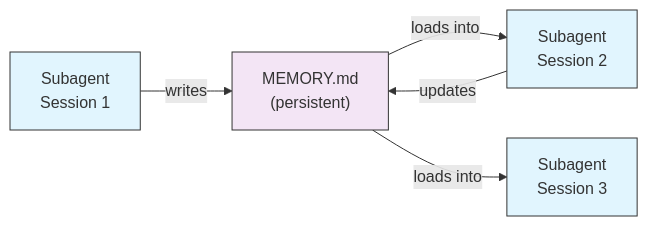
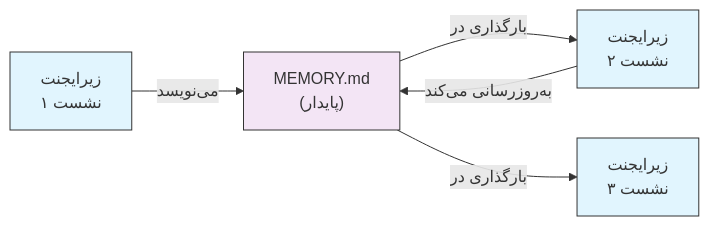
The first of 7 diagrams in fa/04-subagents/README.md (hassanbht/claude-howto), drawn with Mermaid before and after one commit. The commit also changed other lines of this file and 53 other files, not shown here.

````diff
--- a/fa/04-subagents/README.md
+++ b/fa/04-subagents/README.md
@@ -518,12 +516,12 @@
 ```mermaid
 graph LR
-    A["Subagent<br/>Session 1"] -->|writes| M["MEMORY.md<br/>(persistent)"]
-    M -->|loads into| B["Subagent<br/>Session 2"]
-    B -->|updates| M
-    M -->|loads into| C["Subagent<br/>Session 3"]
+    A["زیرایجنت<br/>نشست ۱"] -->|می‌نویسد| M["MEMORY.md<br/>(پایدار)"]
+    M -->|بارگذاری در| B["زیرایجنت<br/>نشست ۲"]
+    B -->|به‌روزرسانی می‌کند| M
+    M -->|بارگذاری در| C["زیرایجنت<br/>نشست ۳"]
 
     style A fill:#e1f5fe,stroke:#333,color:#333
     style B fill:#e1f5fe,stroke:#333,color:#333
     style C fill:#e1f5fe,stroke:#333,color:#333
     style M fill:#f3e5f5,stroke:#333,color:#333
 ```
````
